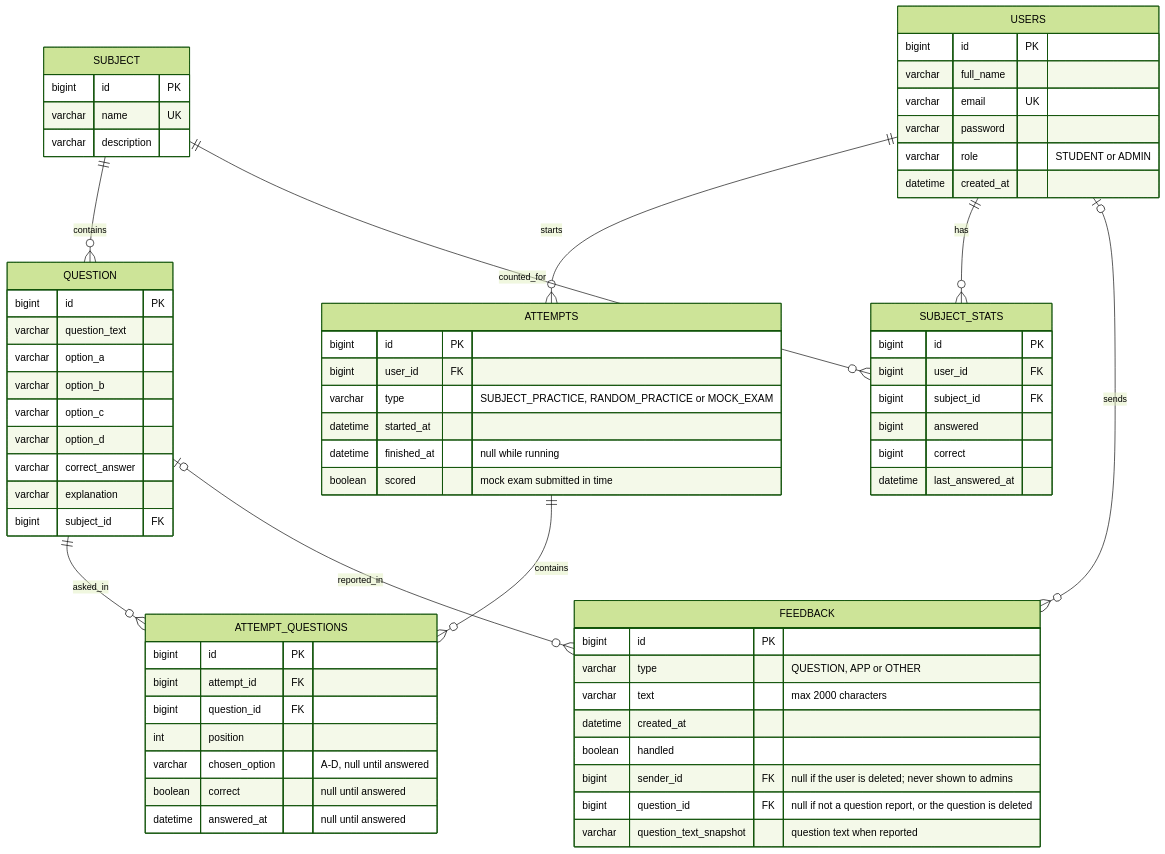
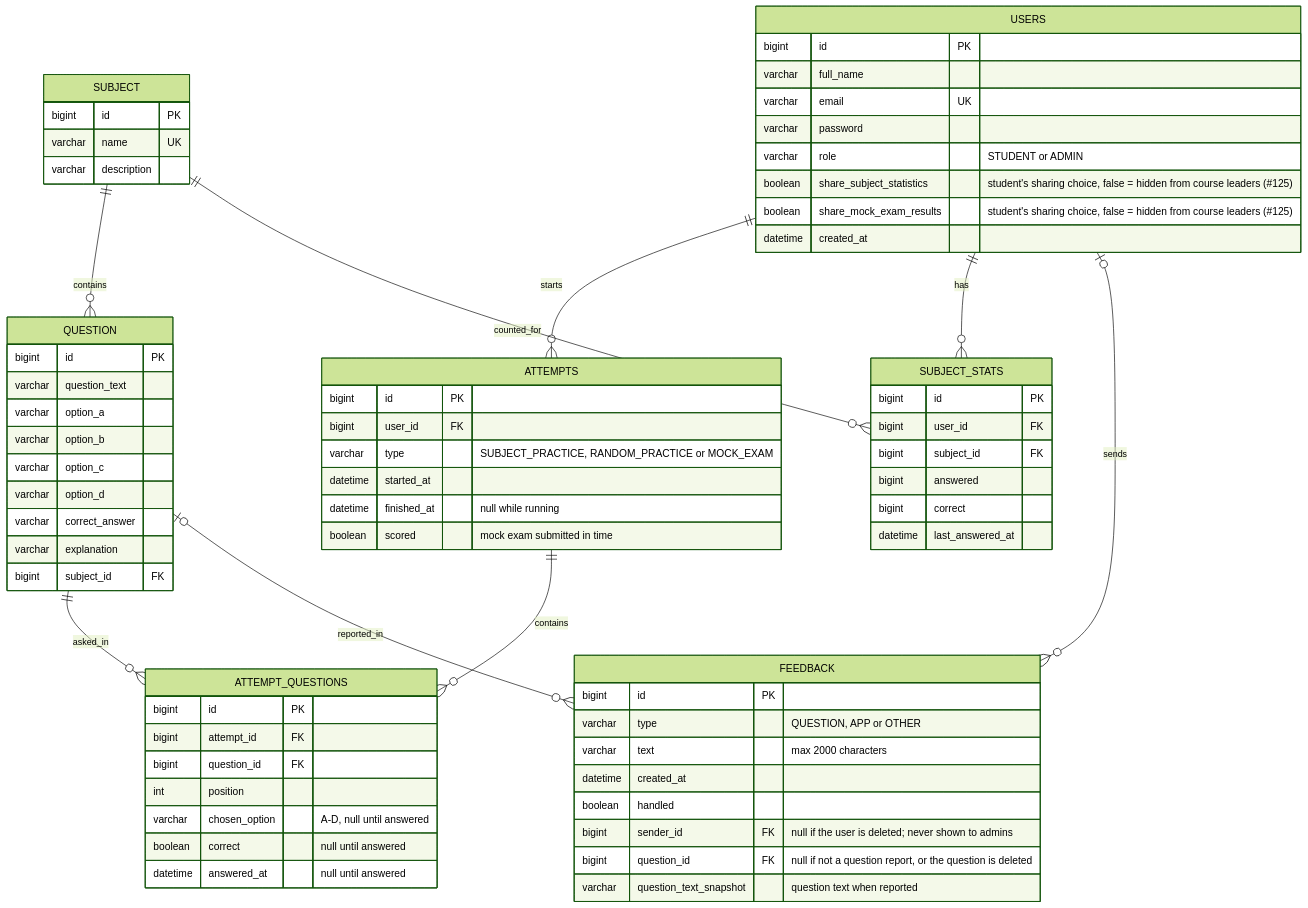
Before and after one commit to Hunter-Theory-Examination-Jagarexamen/hunter-exam-trainer: the diagram in docs/Database/ER-Diagram.md, drawn with Mermaid (forest theme). The commit also changed 24 other files, not shown here.

Commit message:
feat(privacy): add student result sharing controls

````diff
--- a/docs/Database/ER-Diagram.md
+++ b/docs/Database/ER-Diagram.md
@@ -3,78 +3,80 @@
 ```mermaid
 erDiagram
 
     SUBJECT ||--o{ QUESTION : contains 
     USERS ||--o{ ATTEMPTS : starts
     ATTEMPTS ||--o{ ATTEMPT_QUESTIONS : contains
     QUESTION ||--o{ ATTEMPT_QUESTIONS : asked_in
     USERS ||--o{ SUBJECT_STATS : has
     SUBJECT ||--o{ SUBJECT_STATS : counted_for
     USERS |o--o{ FEEDBACK : sends
     QUESTION |o--o{ FEEDBACK : reported_in
 
     USERS {
         bigint id PK 
         varchar full_name 
         varchar email UK 
         varchar password 
         varchar role "STUDENT or ADMIN" 
+        boolean share_subject_statistics "student's sharing choice, false = hidden from course leaders (#125)"
+        boolean share_mock_exam_results "student's sharing choice, false = hidden from course leaders (#125)"
         datetime created_at
     }
 
     SUBJECT {
         bigint id PK 
         varchar name UK 
         varchar description
     }
 
     QUESTION {
         bigint id PK 
         varchar question_text 
         varchar option_a 
         varchar option_b 
         varchar option_c 
         varchar option_d 
         varchar correct_answer 
         varchar explanation 
         bigint subject_id FK
     }
 
     ATTEMPTS {
         bigint id PK
         bigint user_id FK
         varchar type "SUBJECT_PRACTICE, RANDOM_PRACTICE or MOCK_EXAM"
         datetime started_at
         datetime finished_at "null while running"
         boolean scored "mock exam submitted in time"
     }
 
     ATTEMPT_QUESTIONS {
         bigint id PK
         bigint attempt_id FK
         bigint question_id FK
         int position
         varchar chosen_option "A-D, null until answered"
         boolean correct "null until answered"
         datetime answered_at "null until answered"
     }
 
     SUBJECT_STATS {
         bigint id PK
         bigint user_id FK
         bigint subject_id FK
         bigint answered
         bigint correct
         datetime last_answered_at
     }
 
     FEEDBACK {
         bigint id PK
         varchar type "QUESTION, APP or OTHER"
         varchar text "max 2000 characters"
         datetime created_at
         boolean handled
         bigint sender_id FK "null if the user is deleted; never shown to admins"
         bigint question_id FK "null if not a question report, or the question is deleted"
         varchar question_text_snapshot "question text when reported"
     }
 ```
````
